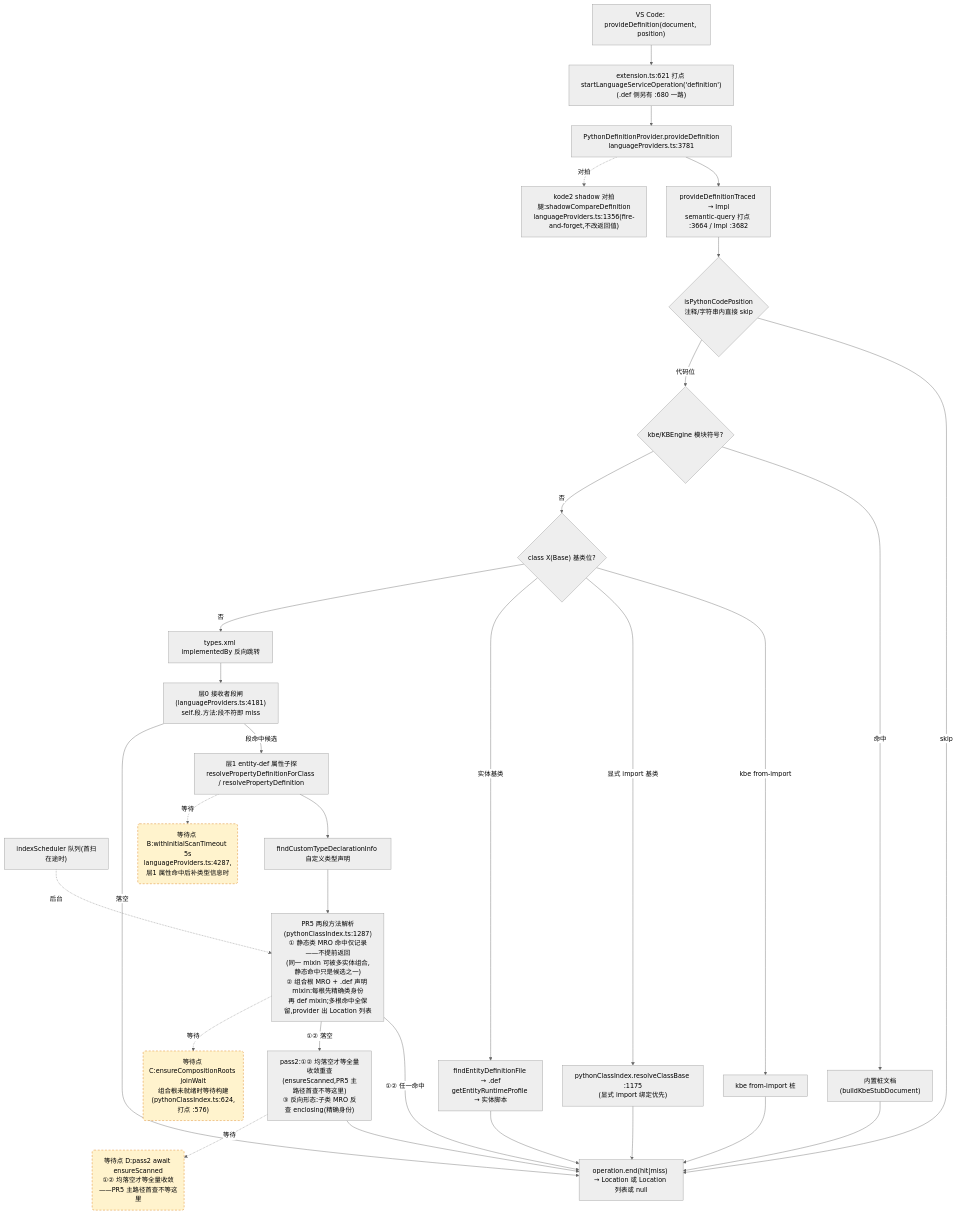
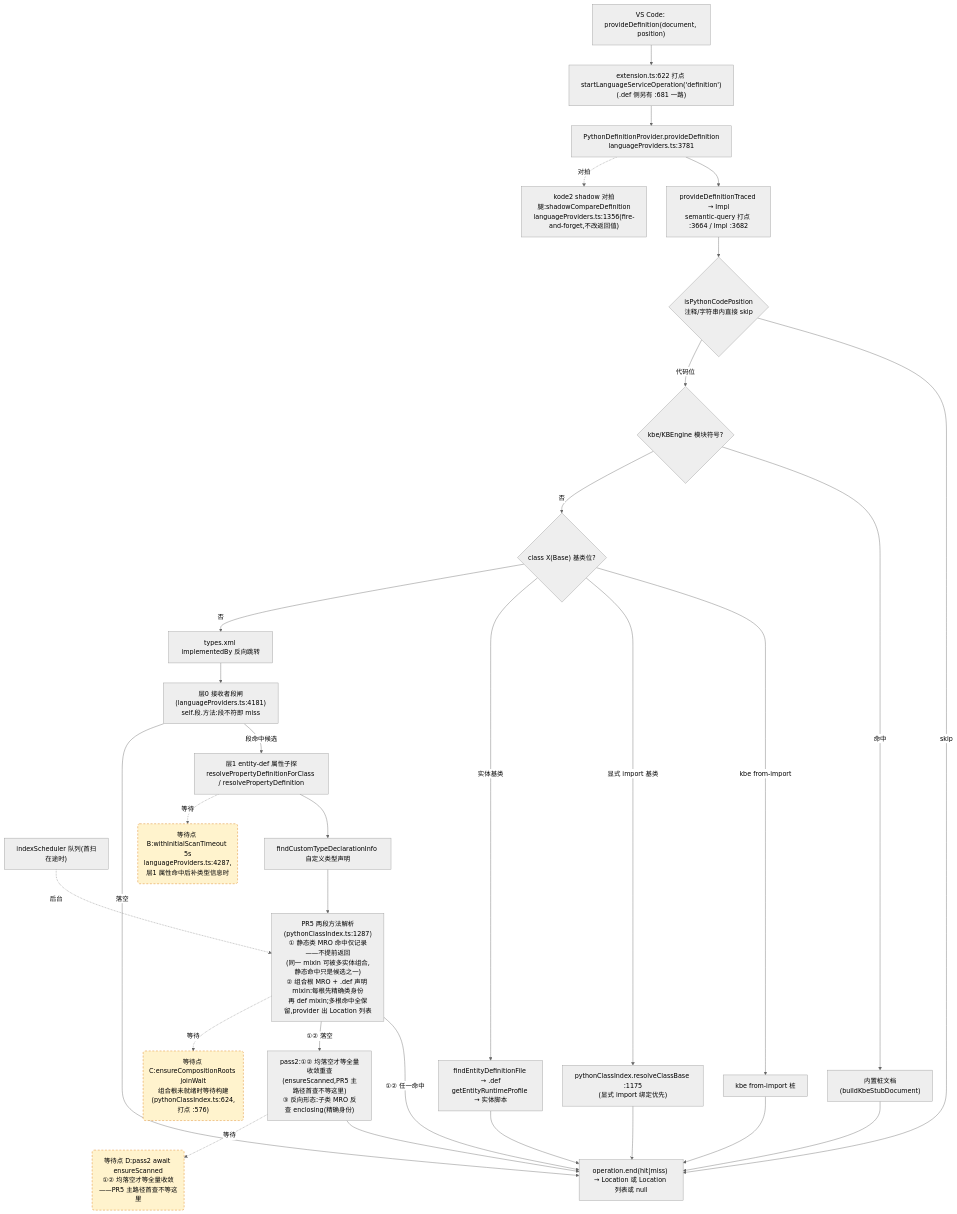
The second of 4 diagrams in docs/perf/2026-baseline.md (cuihairu/kode), drawn with Mermaid (neutral theme) before and after one commit. The commit also changed other lines of this file and 6 other files, not shown here.

````diff
--- a/docs/perf/2026-baseline.md
+++ b/docs/perf/2026-baseline.md
@@ -130,51 +130,51 @@
 ```mermaid
 flowchart TD
   VC2["VS Code: provideDefinition(document, position)"]
-  M2["extension.ts:621 打点 startLanguageServiceOperation('definition')<br/>(.def 侧另有 :680 一路)"]
+  M2["extension.ts:622 打点 startLanguageServiceOperation('definition')<br/>(.def 侧另有 :681 一路)"]
   AD2["PythonDefinitionProvider.provideDefinition<br/>languageProviders.ts:3781"]
   TR["provideDefinitionTraced → Impl<br/>semantic-query 打点 :3664 / Impl :3682"]
   CTX{"isPythonCodePosition<br/>注释/字符串内直接 skip"}
   KBE{"kbe/KBEngine 模块符号?"}
   STUB["内置桩文档(buildKbeStubDocument)"]
   CB{"class X(Base) 基类位?"}
   CB1["kbe from-import 桩"]
   CB2["pythonClassIndex.resolveClassBase :1175<br/>(显式 import 绑定优先)"]
   CB3["findEntityDefinitionFile → .def<br/>getEntityRuntimeProfile → 实体脚本"]
   REV["types.xml implementedBy 反向跳转"]
   L0["层0 接收者段闸(languageProviders.ts:4181)<br/>self.段.方法:段不符即 miss"]
   L1["层1 entity-def 属性子探<br/>resolvePropertyDefinitionForClass / resolvePropertyDefinition"]
   SCAN["indexScheduler 队列(首扫在途时)"]
   TY["findCustomTypeDeclarationInfo 自定义类型声明"]
   MRO["PR5 两段方法解析(pythonClassIndex.ts:1287)<br/>① 静态类 MRO 命中仅记录——不提前返回<br/>(同一 mixin 可被多实体组合,静态命中只是候选之一)<br/>② 组合根 MRO + .def 声明 mixin:每根先精确类身份<br/>再 def mixin;多根命中全保留,provider 出 Location 列表"]
   PASS2["pass2:①② 均落空才等全量收敛重查<br/>(ensureScanned,PR5 主路径首查不等这里)<br/>③ 反向形态:子类 MRO 反查 enclosing(精确身份)"]
   SHD["kode2 shadow 对拍腿:shadowCompareDefinition<br/>languageProviders.ts:1356(fire-and-forget,不改返回值)"]
   END2["operation.end(hit|miss) → Location 或 Location 列表或 null"]
 
   VC2 --> M2 --> AD2 --> TR --> CTX
   CTX -- "skip" --> END2
   CTX -- "代码位" --> KBE
   KBE -- "命中" --> STUB --> END2
   KBE -- "否" --> CB
   CB -- "kbe from-import" --> CB1 --> END2
   CB -- "显式 import 基类" --> CB2 --> END2
   CB -- "实体基类" --> CB3 --> END2
   CB -- "否" --> REV --> L0
   L0 -- "段命中候选" --> L1
   L0 -- "落空" --> END2
   L1 --> TY
   TY --> MRO
   MRO -- "①② 任一命中" --> END2
   MRO -- "①② 落空" --> PASS2 --> END2
   AD2 -.->|对拍| SHD
 
   WAITB("等待点 B:withInitialScanTimeout 5s<br/>languageProviders.ts:4287,层1 属性命中后补类型信息时")
   WAITC("等待点 C:ensureCompositionRoots joinWait<br/>组合根未就绪时等待构建(pythonClassIndex.ts:624,打点 :576)")
   WAITD("等待点 D:pass2 await ensureScanned<br/>①② 均落空才等全量收敛——PR5 主路径首查不等这里")
   L1 -.->|等待| WAITB
   MRO -.->|等待| WAITC
   PASS2 -.->|等待| WAITD
   SCAN -.->|后台| MRO
 
   classDef waitPoint fill:#fff3cd,stroke:#d97706,stroke-dasharray:5 4;
   class WAITB,WAITC,WAITD waitPoint;
 ```
````
